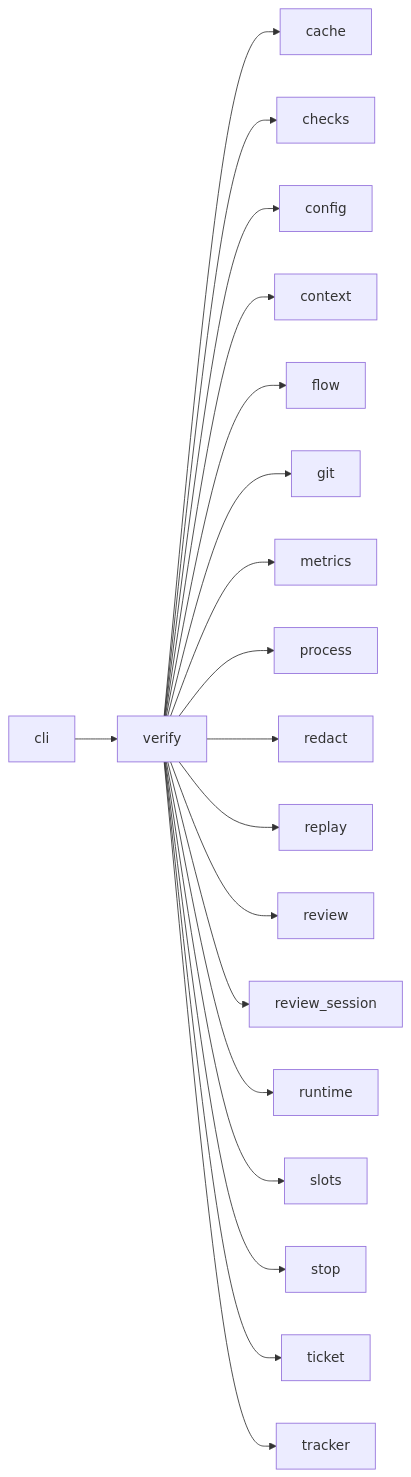
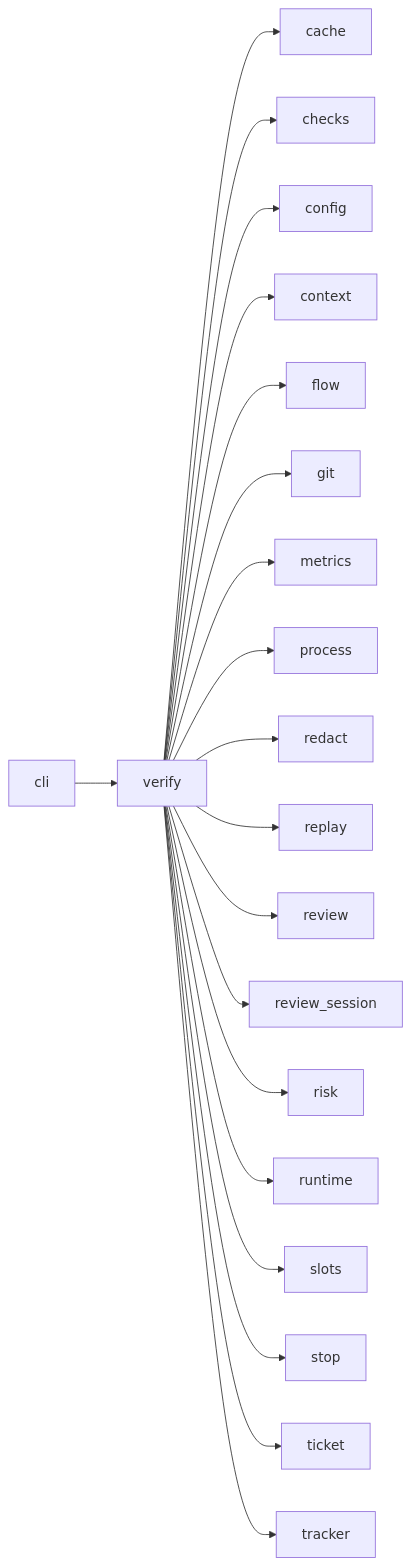
Before and after one commit to plaplanche/ariane: the third of 3 diagrams in docs/architecture/modules/verify.md, drawn with Mermaid. The commit also changed other lines of this file and 29 other files, not shown here.

````diff
--- a/docs/architecture/modules/verify.md
+++ b/docs/architecture/modules/verify.md
@@ -81,21 +82,22 @@
 ```mermaid
 flowchart LR
   cli --> verify
   verify --> cache
   verify --> checks
   verify --> config
   verify --> context
   verify --> flow
   verify --> git
   verify --> metrics
   verify --> process
   verify --> redact
   verify --> replay
   verify --> review
   verify --> review_session
+  verify --> risk
   verify --> runtime
   verify --> slots
   verify --> stop
   verify --> ticket
   verify --> tracker
 ```
````
